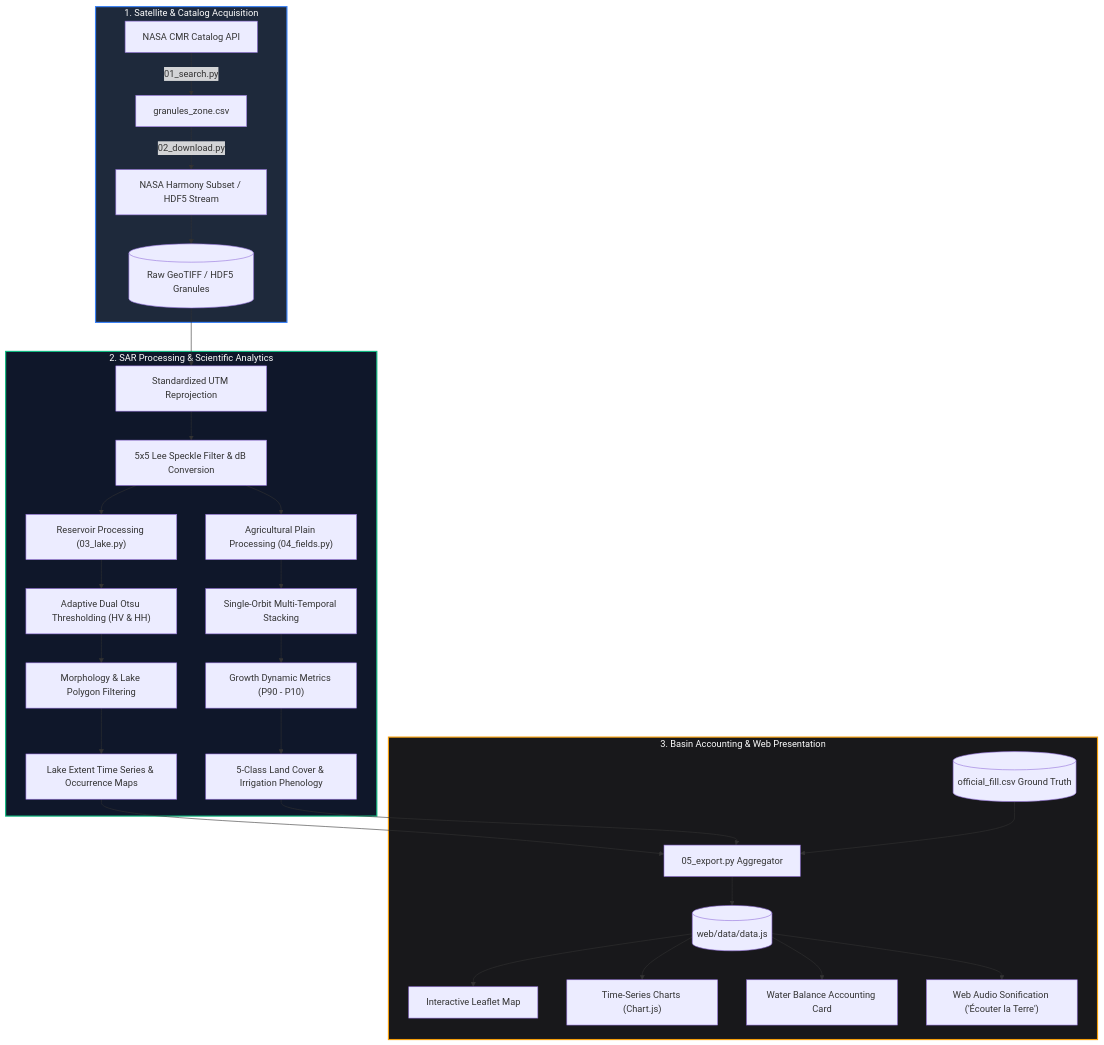
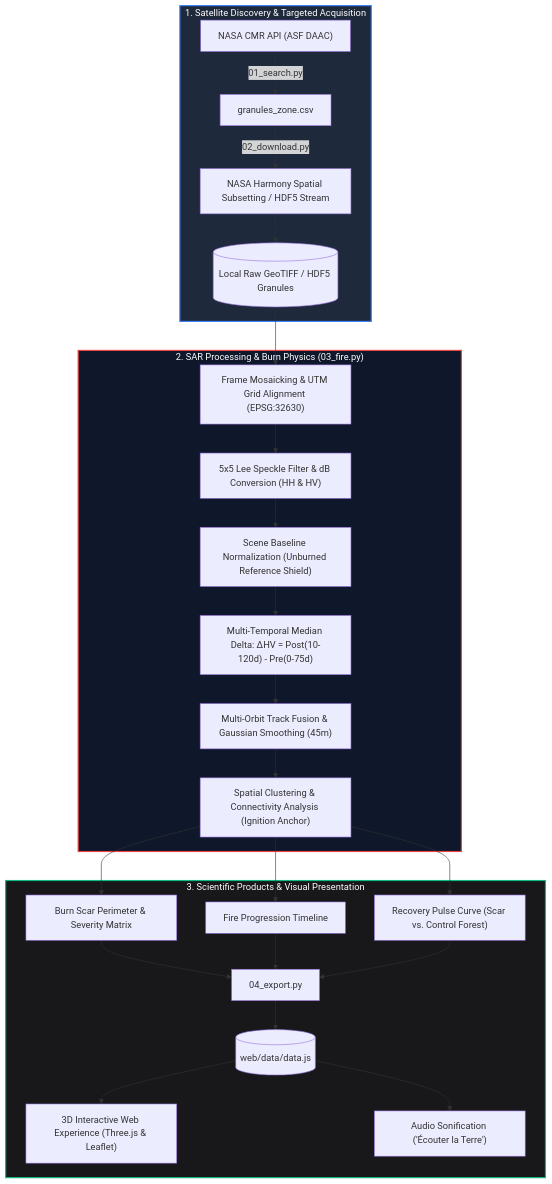
The first of 3 diagrams in README.md (Abdelouahedb/NASASPACEAPP), drawn with Mermaid before and after one commit. The commit also changed other lines of this file, not shown here.

````diff
--- a/README.md
+++ b/README.md
@@ -25,38 +32,31 @@
 ```mermaid
 flowchart TD
-    subgraph Data_Acquisition["1. Satellite & Catalog Acquisition"]
-        A1["NASA CMR Catalog API"] -->|01_search.py| B1["granules_zone.csv"]
-        B1 -->|02_download.py| C1["NASA Harmony Subset / HDF5 Stream"]
-        C1 --> D1[("Raw GeoTIFF / HDF5 Granules")]
+    subgraph S1["1. Satellite Discovery & Targeted Acquisition"]
+        A["NASA CMR API (ASF DAAC)"] -->|01_search.py| B["granules_zone.csv"]
+        B -->|02_download.py| C["NASA Harmony Spatial Subsetting / HDF5 Stream"]
+        C --> D[("Local Raw GeoTIFF / HDF5 Granules")]
     end
 
-    subgraph Analytics_Engine["2. SAR Processing & Scientific Analytics"]
-        D1 --> E1["Standardized UTM Reprojection"]
-        E1 --> E2["5x5 Lee Speckle Filter & dB Conversion"]
-
-        E2 --> F1["Reservoir Processing (03_lake.py)"]
-        F1 --> G1["Adaptive Dual Otsu Thresholding (HV & HH)"]
-        G1 --> H1["Morphology & Lake Polygon Filtering"]
-        H1 --> I1["Lake Extent Time Series & Occurrence Maps"]
-
-        E2 --> F2["Agricultural Plain Processing (04_fields.py)"]
-        F2 --> G2["Single-Orbit Multi-Temporal Stacking"]
-        G2 --> H2["Growth Dynamic Metrics (P90 - P10)"]
-        H2 --> I2["5-Class Land Cover & Irrigation Phenology"]
+    subgraph S2["2. SAR Processing & Burn Physics (03_fire.py)"]
+        D --> E["Frame Mosaicking & UTM Grid Alignment (EPSG:32630)"]
+        E --> F["5x5 Lee Speckle Filter & dB Conversion (HH & HV)"]
+        F --> G["Scene Baseline Normalization (Unburned Reference Shield)"]
+        G --> H["Multi-Temporal Median Delta: ΔHV = Post(10-120d) - Pre(0-75d)"]
+        H --> I["Multi-Orbit Track Fusion & Gaussian Smoothing (45m)"]
+        I --> J["Spatial Clustering & Connectivity Analysis (Ignition Anchor)"]
     end
 
-    subgraph Synthesis_Web["3. Basin Accounting & Web Presentation"]
-        I1 --> J["05_export.py Aggregator"]
-        I2 --> J
-        K[("official_fill.csv Ground Truth")] --> J
-        J --> L[("web/data/data.js")]
-        L --> M["Interactive Leaflet Map"]
-        L --> N["Time-Series Charts (Chart.js)"]
-        L --> O["Water Balance Accounting Card"]
-        L --> P["Web Audio Sonification ('Écouter la Terre')"]
+    subgraph S3["3. Scientific Products & Visual Presentation"]
+        J --> K1["Burn Scar Perimeter & Severity Matrix"]
+        J --> K2["Fire Progression Timeline"]
+        J --> K3["Recovery Pulse Curve (Scar vs. Control Forest)"]
+        K1 & K2 & K3 --> L["04_export.py"]
+        L --> M[("web/data/data.js")]
+        M --> N["3D Interactive Web Experience (Three.js & Leaflet)"]
+        M --> O["Audio Sonification ('Écouter la Terre')"]
     end
 
-    style Data_Acquisition fill:#1e293b,stroke:#3b82f6,stroke-width:2px,color:#fff
-    style Analytics_Engine fill:#0f172a,stroke:#10b981,stroke-width:2px,color:#fff
-    style Synthesis_Web fill:#18181b,stroke:#f59e0b,stroke-width:2px,color:#fff
+    style S1 fill:#1e293b,stroke:#3b82f6,stroke-width:2px,color:#fff
+    style S2 fill:#0f172a,stroke:#ef4444,stroke-width:2px,color:#fff
+    style S3 fill:#18181b,stroke:#10b981,stroke-width:2px,color:#fff
 ```
````
